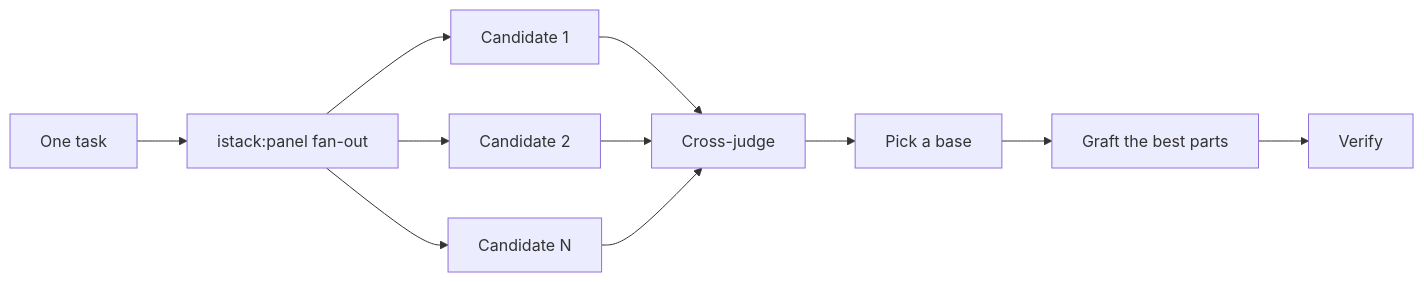
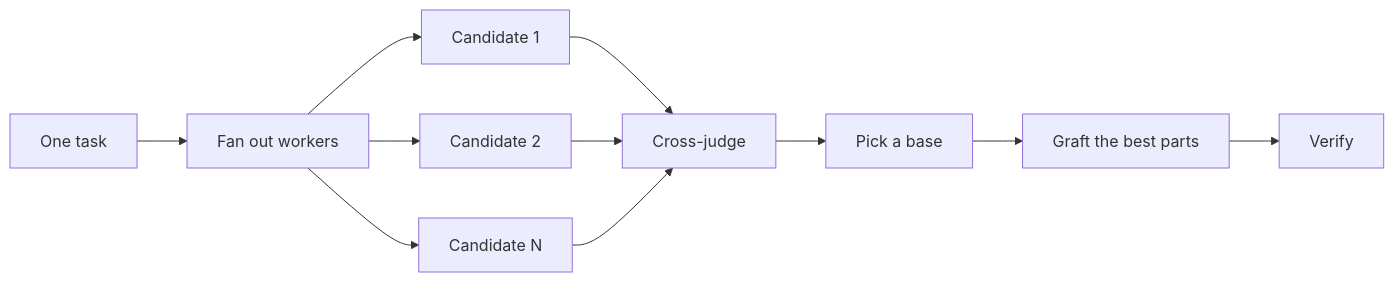
The diagram in harness/istack/claude-code/docs/guide/04-design.md (igor-gorohovsky/plugins), drawn with Mermaid before and after one commit. The commit also changed other lines of this file and 23 other files, not shown here.

First line of the commit message:
Drop the istack:panel workflow; panels run as plain Herdr workers

````diff
--- a/harness/istack/claude-code/docs/guide/04-design.md
+++ b/harness/istack/claude-code/docs/guide/04-design.md
@@ -35,13 +35,13 @@
 ```mermaid
 flowchart LR
-    A[One task] --> B[istack:panel fan-out]
+    A[One task] --> B[Fan out workers]
     B --> C[Candidate 1]
     B --> D[Candidate 2]
     B --> E[Candidate N]
     C --> F[Cross-judge]
     D --> F
     E --> F
     F --> G[Pick a base]
     G --> H[Graft the best parts]
     H --> I[Verify]
 ```
````
